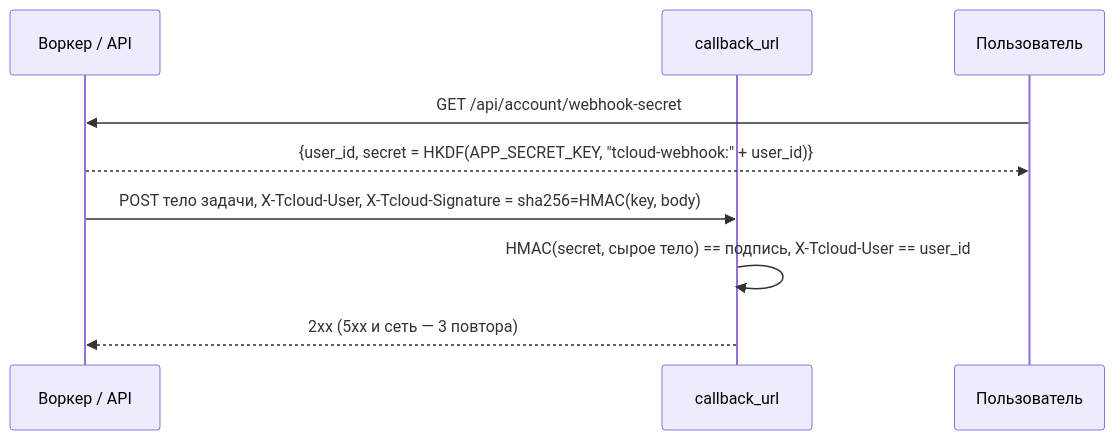
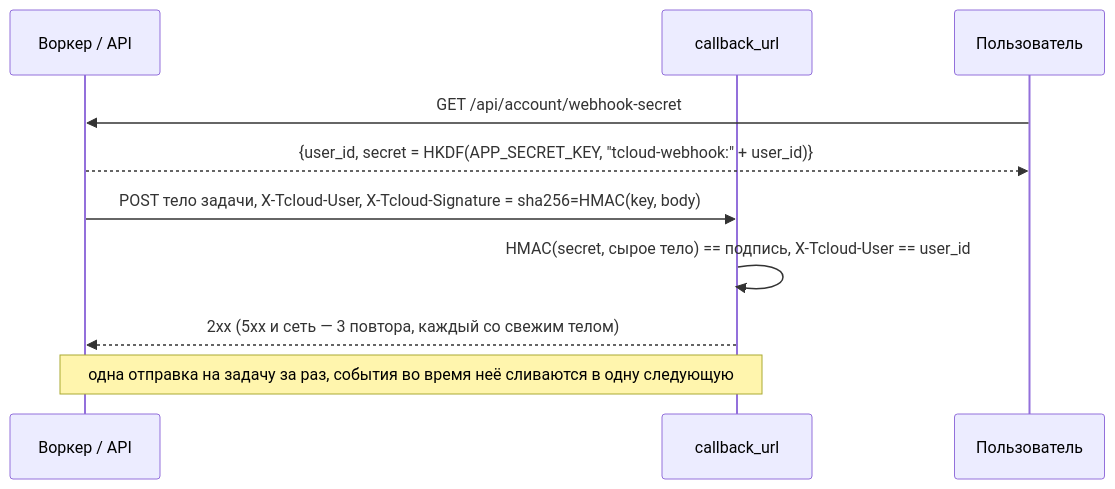
The seventh of 7 diagrams in docs/background-tasks.md (NikitkaZXC/tcloud-backend), drawn with Mermaid before and after one commit. The commit also changed other lines of this file and 4 other files, not shown here.

````diff
--- a/docs/background-tasks.md
+++ b/docs/background-tasks.md
@@ -510,11 +517,12 @@
 ```mermaid
 sequenceDiagram
     participant W as Воркер / API
     participant H as callback_url
     participant U as Пользователь
     U->>W: GET /api/account/webhook-secret
     W-->>U: {user_id, secret = HKDF(APP_SECRET_KEY, "tcloud-webhook:" + user_id)}
     W->>H: POST тело задачи, X-Tcloud-User, X-Tcloud-Signature = sha256=HMAC(key, body)
     H->>H: HMAC(secret, сырое тело) == подпись, X-Tcloud-User == user_id
-    H-->>W: 2xx (5xx и сеть — 3 повтора)
+    H-->>W: 2xx (5xx и сеть — 3 повтора, каждый со свежим телом)
+    Note over W,H: одна отправка на задачу за раз, события во время неё сливаются в одну следующую
 ```
````
